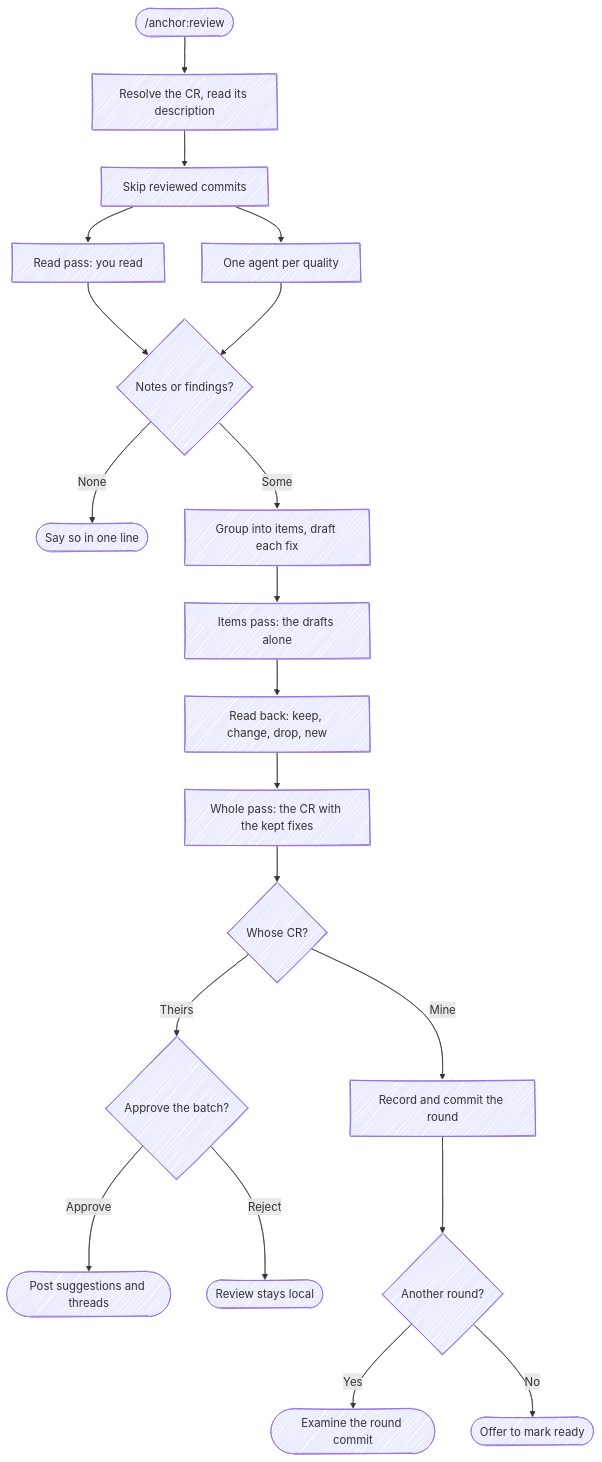
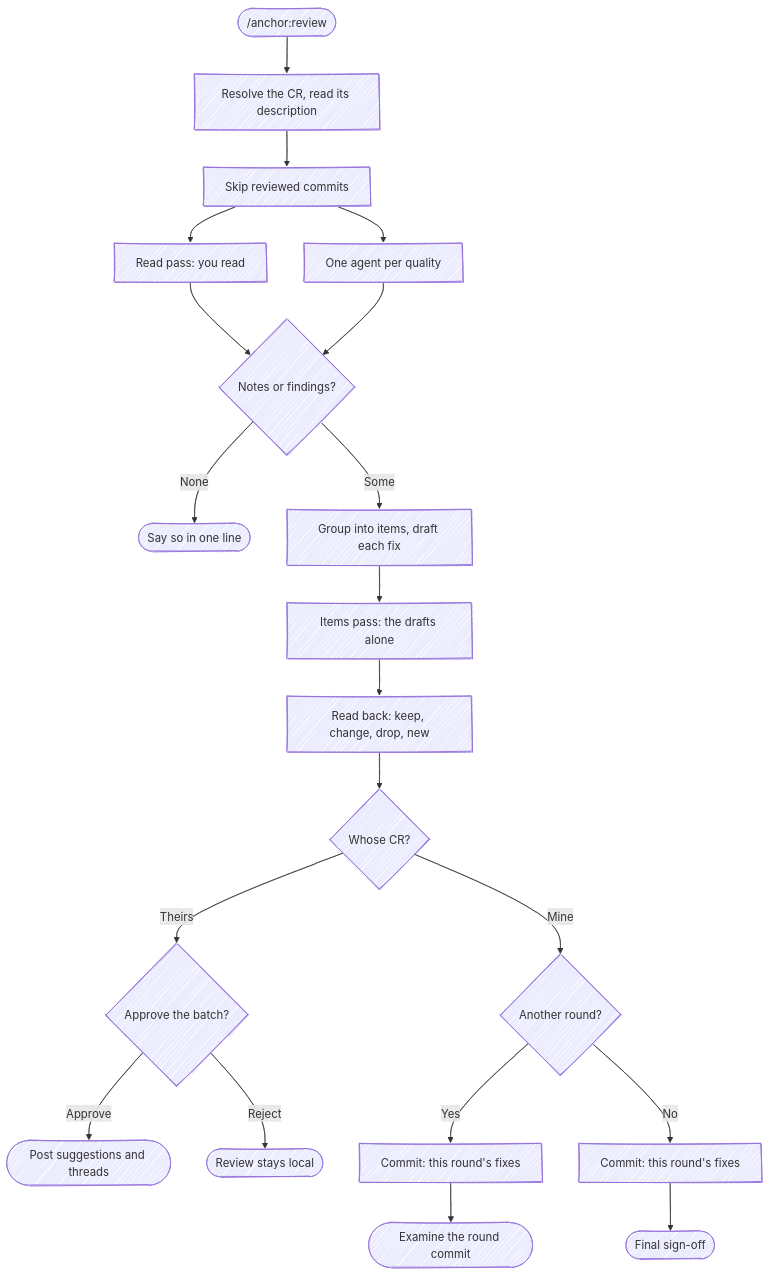
One commit to chris-peterson/anchor changed the diagram in skills/review/SKILL.md. Above: the diagram before and after it, drawn with Mermaid. The commit also changed other lines of this file and 34 other files, not shown here.

````diff
--- a/skills/review/SKILL.md
+++ b/skills/review/SKILL.md
@@ -84,23 +91,23 @@
 ```mermaid
 %%{ init: { 'look': 'handDrawn' } }%%
 flowchart TD
     Start(["/anchor:review"]) --> Fetch["Resolve the CR, read its description"]
     Fetch --> Range["Skip reviewed commits"]
     Range --> ReadPass["Read pass: you read"]
     Range --> Examine["One agent per quality"]
     ReadPass --> Any{Notes or findings?}
     Examine --> Any
     Any -->|None| Empty([Say so in one line])
     Any -->|Some| Triage["Group into items, draft each fix"]
     Triage --> Items["Items pass: the drafts alone"]
     Items --> Read["Read back: keep, change, drop, new"]
-    Read --> Whole["Whole pass: the CR with the kept fixes"]
-    Whole --> Who{Whose CR?}
+    Read --> Who{Whose CR?}
     Who -->|Theirs| Gate{Approve the batch?}
     Gate -->|Approve| Post([Post suggestions and threads])
     Gate -->|Reject| Local([Review stays local])
-    Who -->|Mine| Commit["Record and commit the round"]
-    Commit --> Again{Another round?}
-    Again -->|Yes| Next([Examine the round commit])
-    Again -->|No| Handoff([Offer to mark ready])
+    Who -->|Mine| Again{Another round?}
+    Again -->|Yes| Commit["Commit: this round's fixes"]
+    Commit --> Next([Examine the round commit])
+    Again -->|No| Last["Commit: this round's fixes"]
+    Last --> Signoff([Final sign-off])
 ```
````
